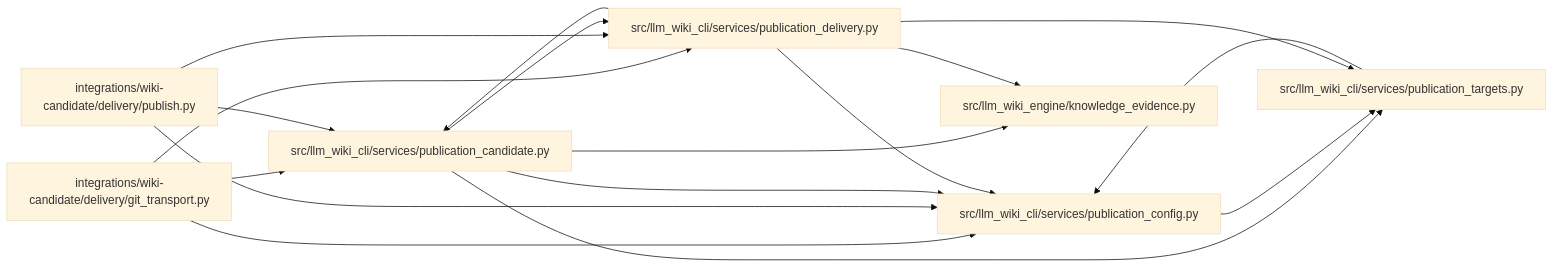
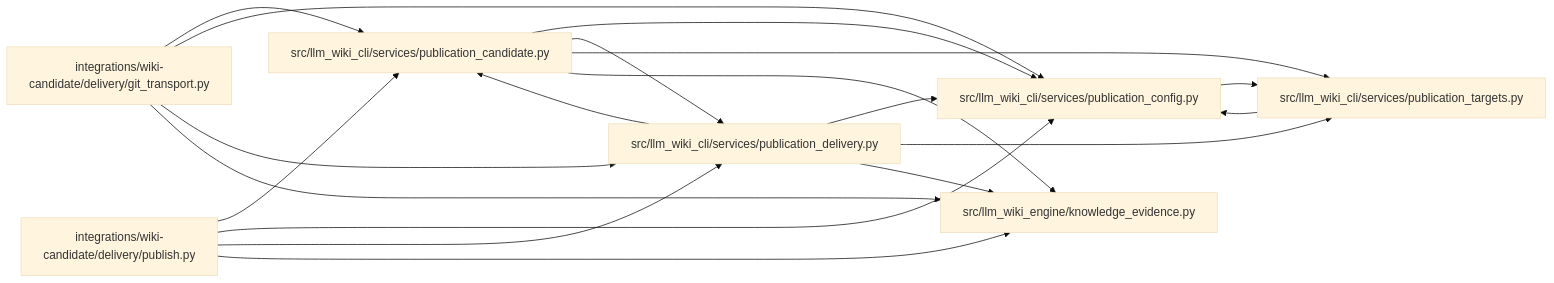
Before and after one commit to Denissvgn/python-wiki-llm: the diagram in docs/llm_wiki/modules/publication_delivery.md, drawn with Mermaid (base theme). The commit also changed 509 other files, not shown here.

````diff
--- a/docs/llm_wiki/modules/publication_delivery.md
+++ b/docs/llm_wiki/modules/publication_delivery.md
@@ -29,33 +29,35 @@
 ```mermaid
 flowchart LR
     n0["integrations/wiki-candidate/delivery/git_transport.py"]
     n1["integrations/wiki-candidate/delivery/publish.py"]
     n2["src/llm_wiki_cli/services/publication_candidate.py"]
     n3["src/llm_wiki_cli/services/publication_config.py"]
     n4["src/llm_wiki_cli/services/publication_delivery.py"]
     n5["src/llm_wiki_cli/services/publication_targets.py"]
     n6["src/llm_wiki_engine/knowledge_evidence.py"]
     n0 --> n2
     n0 --> n3
     n0 --> n4
+    n0 --> n6
     n1 --> n2
     n1 --> n3
     n1 --> n4
+    n1 --> n6
     n2 --> n3
     n2 --> n4
     n2 --> n5
     n2 --> n6
     n3 --> n5
     n4 --> n2
     n4 --> n3
     n4 --> n5
     n4 --> n6
     n5 --> n3
     click n0 "../modules/git_transport.md"
     click n1 "../modules/publish.md"
     click n2 "../modules/publication_candidate.md"
     click n3 "../modules/publication_config.md"
     click n4 "../modules/publication_delivery.md"
     click n5 "../modules/publication_targets.md"
     click n6 "../modules/knowledge_evidence.md"
 ```
````
